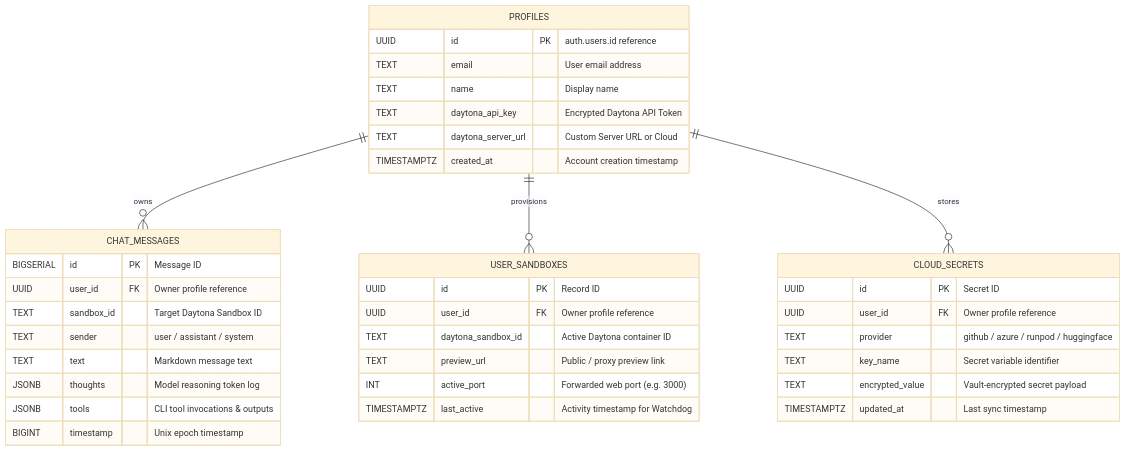
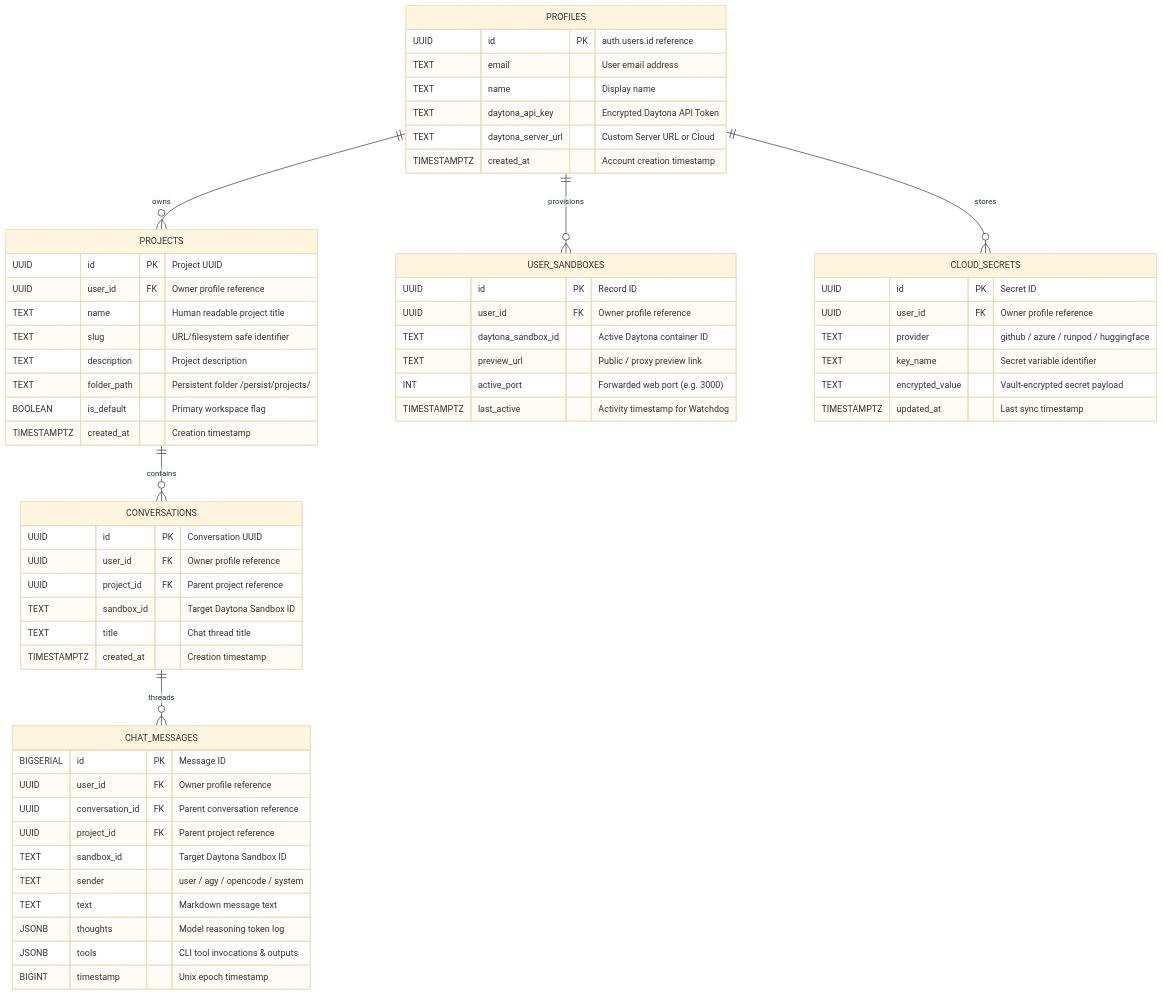
Before and after one commit to aksri648/antigravity-ui: the fourth of 4 diagrams in system_design.md, drawn with Mermaid (base theme). The commit also changed other lines of this file and 2 other files, not shown here.

Commit message:
docs: update system design, development guide, and README with multi-projects, multi-chats, cross-compilation, and API routes

````diff
--- a/system_design.md
+++ b/system_design.md
@@ -214,44 +214,68 @@
 ```mermaid
 erDiagram
-    PROFILES ||--o{ CHAT_MESSAGES : "owns"
+    PROFILES ||--o{ PROJECTS : "owns"
     PROFILES ||--o{ USER_SANDBOXES : "provisions"
     PROFILES ||--o{ CLOUD_SECRETS : "stores"
+    PROJECTS ||--o{ CONVERSATIONS : "contains"
+    CONVERSATIONS ||--o{ CHAT_MESSAGES : "threads"
 
     PROFILES {
         UUID id PK "auth.users.id reference"
         TEXT email "User email address"
         TEXT name "Display name"
         TEXT daytona_api_key "Encrypted Daytona API Token"
         TEXT daytona_server_url "Custom Server URL or Cloud"
         TIMESTAMPTZ created_at "Account creation timestamp"
     }
 
+    PROJECTS {
+        UUID id PK "Project UUID"
+        UUID user_id FK "Owner profile reference"
+        TEXT name "Human readable project title"
+        TEXT slug "URL/filesystem safe identifier"
+        TEXT description "Project description"
+        TEXT folder_path "Persistent folder /persist/projects/<slug>"
+        BOOLEAN is_default "Primary workspace flag"
+        TIMESTAMPTZ created_at "Creation timestamp"
+    }
+
+    CONVERSATIONS {
+        UUID id PK "Conversation UUID"
+        UUID user_id FK "Owner profile reference"
+        UUID project_id FK "Parent project reference"
+        TEXT sandbox_id "Target Daytona Sandbox ID"
+        TEXT title "Chat thread title"
+        TIMESTAMPTZ created_at "Creation timestamp"
+    }
+
     CHAT_MESSAGES {
         BIGSERIAL id PK "Message ID"
         UUID user_id FK "Owner profile reference"
+        UUID conversation_id FK "Parent conversation reference"
+        UUID project_id FK "Parent project reference"
         TEXT sandbox_id "Target Daytona Sandbox ID"
-        TEXT sender "user / assistant / system"
+        TEXT sender "user / agy / opencode / system"
         TEXT text "Markdown message text"
         JSONB thoughts "Model reasoning token log"
         JSONB tools "CLI tool invocations & outputs"
         BIGINT timestamp "Unix epoch timestamp"
     }
 
     USER_SANDBOXES {
         UUID id PK "Record ID"
         UUID user_id FK "Owner profile reference"
         TEXT daytona_sandbox_id "Active Daytona container ID"
         TEXT preview_url "Public / proxy preview link"
         INT active_port "Forwarded web port (e.g. 3000)"
         TIMESTAMPTZ last_active "Activity timestamp for Watchdog"
     }
 
     CLOUD_SECRETS {
         UUID id PK "Secret ID"
         UUID user_id FK "Owner profile reference"
         TEXT provider "github / azure / runpod / huggingface"
         TEXT key_name "Secret variable identifier"
         TEXT encrypted_value "Vault-encrypted secret payload"
         TIMESTAMPTZ updated_at "Last sync timestamp"
     }
 ```
````
